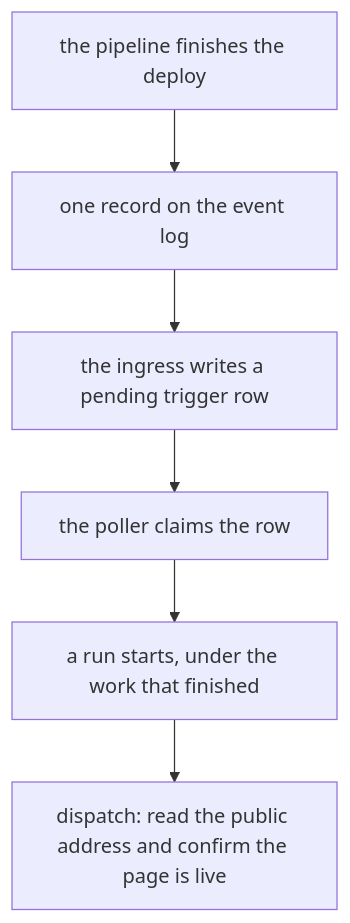
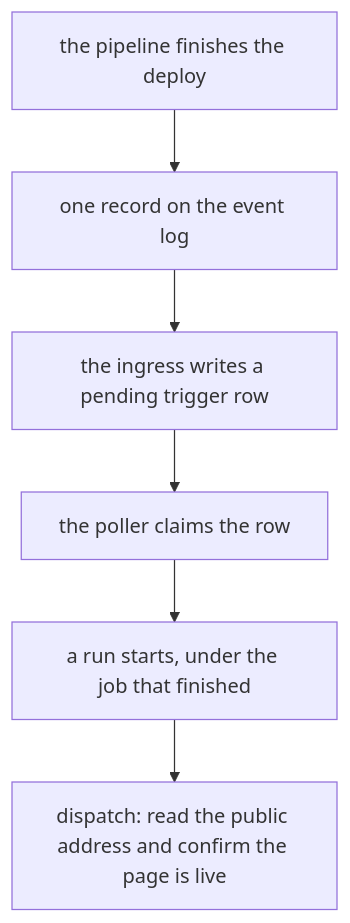
Before and after one commit to atlantic-blue/quay-crew: the fourth of 4 diagrams in docs/ACCEPTANCE-PROJECT.md, drawn with Mermaid. The commit also changed other lines of this file and 222 other files, not shown here.

Commit message:
refactor: declared intent is a job, not work

````diff
--- a/docs/ACCEPTANCE-PROJECT.md
+++ b/docs/ACCEPTANCE-PROJECT.md
@@ -203,8 +203,8 @@
 ```mermaid
 flowchart TD
     PIPE["the pipeline finishes the deploy"] --> REC["one record on the event log"]
     REC --> ING["the ingress writes a pending trigger row"]
     ING --> POLL["the poller claims the row"]
-    POLL --> RUN["a run starts, under the work that finished"]
+    POLL --> RUN["a run starts, under the job that finished"]
     RUN --> CHECK["dispatch: read the public address and confirm the page is live"]
 ```
````
